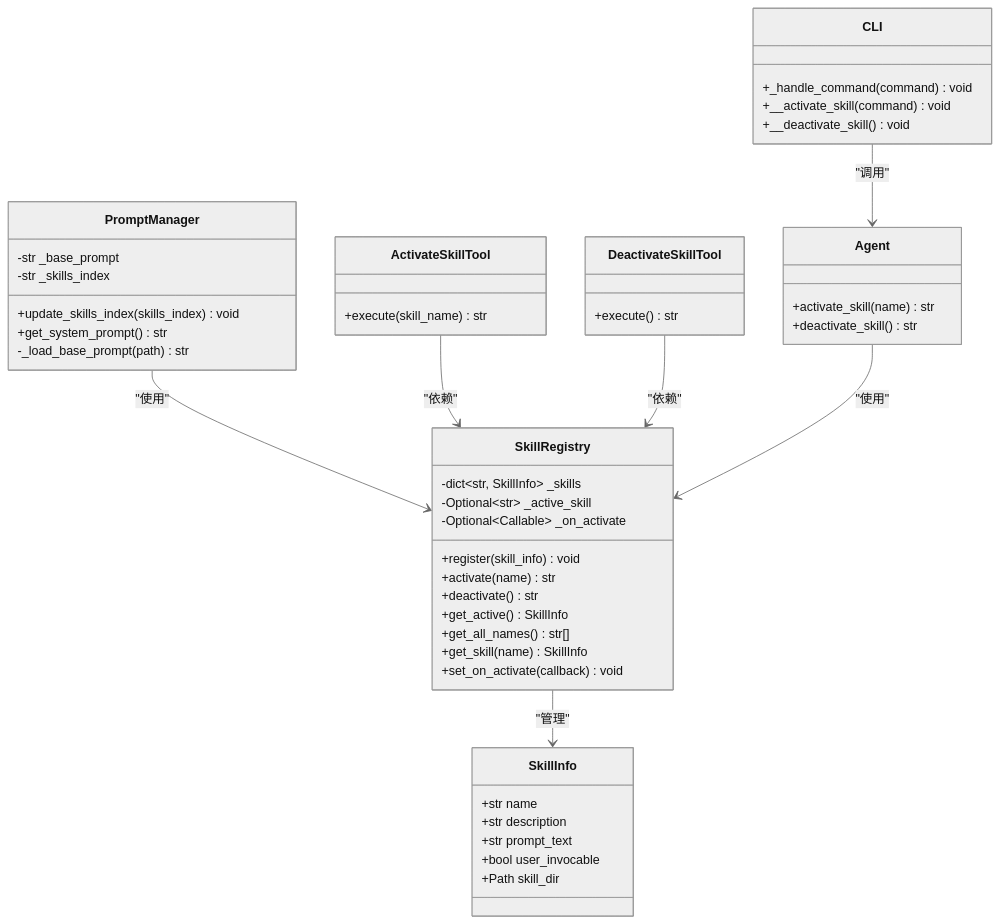
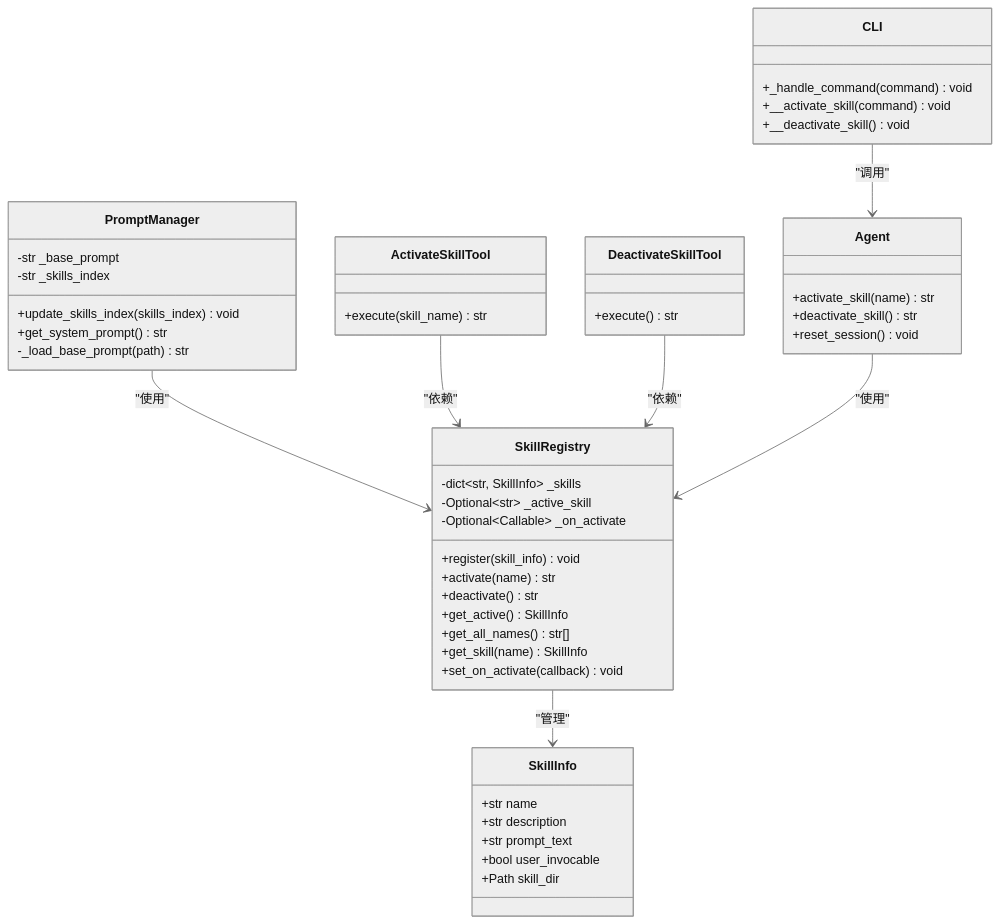
The second of 11 diagrams in .qoder/repowiki/zh/content/核心模块详解/技能系统.md (250shiwo/MySmallAgent), drawn with Mermaid (neutral theme) before and after one commit. The commit also changed other lines of this file and 31 other files, not shown here.

````diff
--- a/.qoder/repowiki/zh/content/核心模块详解/技能系统.md
+++ b/.qoder/repowiki/zh/content/核心模块详解/技能系统.md
@@ -121,50 +131,51 @@
 ```mermaid
 classDiagram
 class SkillInfo {
 +str name
 +str description
 +str prompt_text
 +bool user_invocable
 +Path skill_dir
 }
 class SkillRegistry {
 -dict~str, SkillInfo~ _skills
 -Optional~str~ _active_skill
 -Optional~Callable~ _on_activate
 +register(skill_info) void
 +activate(name) str
 +deactivate() str
 +get_active() SkillInfo
 +get_all_names() str[]
 +get_skill(name) SkillInfo
 +set_on_activate(callback) void
 }
 class PromptManager {
 -str _base_prompt
 -str _skills_index
 +update_skills_index(skills_index) void
 +get_system_prompt() str
 -_load_base_prompt(path) str
 }
 class ActivateSkillTool {
 +execute(skill_name) str
 }
 class DeactivateSkillTool {
 +execute() str
 }
 class CLI {
 +_handle_command(command) void
 +__activate_skill(command) void
 +__deactivate_skill() void
 }
 class Agent {
 +activate_skill(name) str
 +deactivate_skill() str
++reset_session() void
 }
 SkillRegistry --> SkillInfo : "管理"
 PromptManager --> SkillRegistry : "使用"
 ActivateSkillTool --> SkillRegistry : "依赖"
 DeactivateSkillTool --> SkillRegistry : "依赖"
 CLI --> Agent : "调用"
 Agent --> SkillRegistry : "使用"
 ```
````
